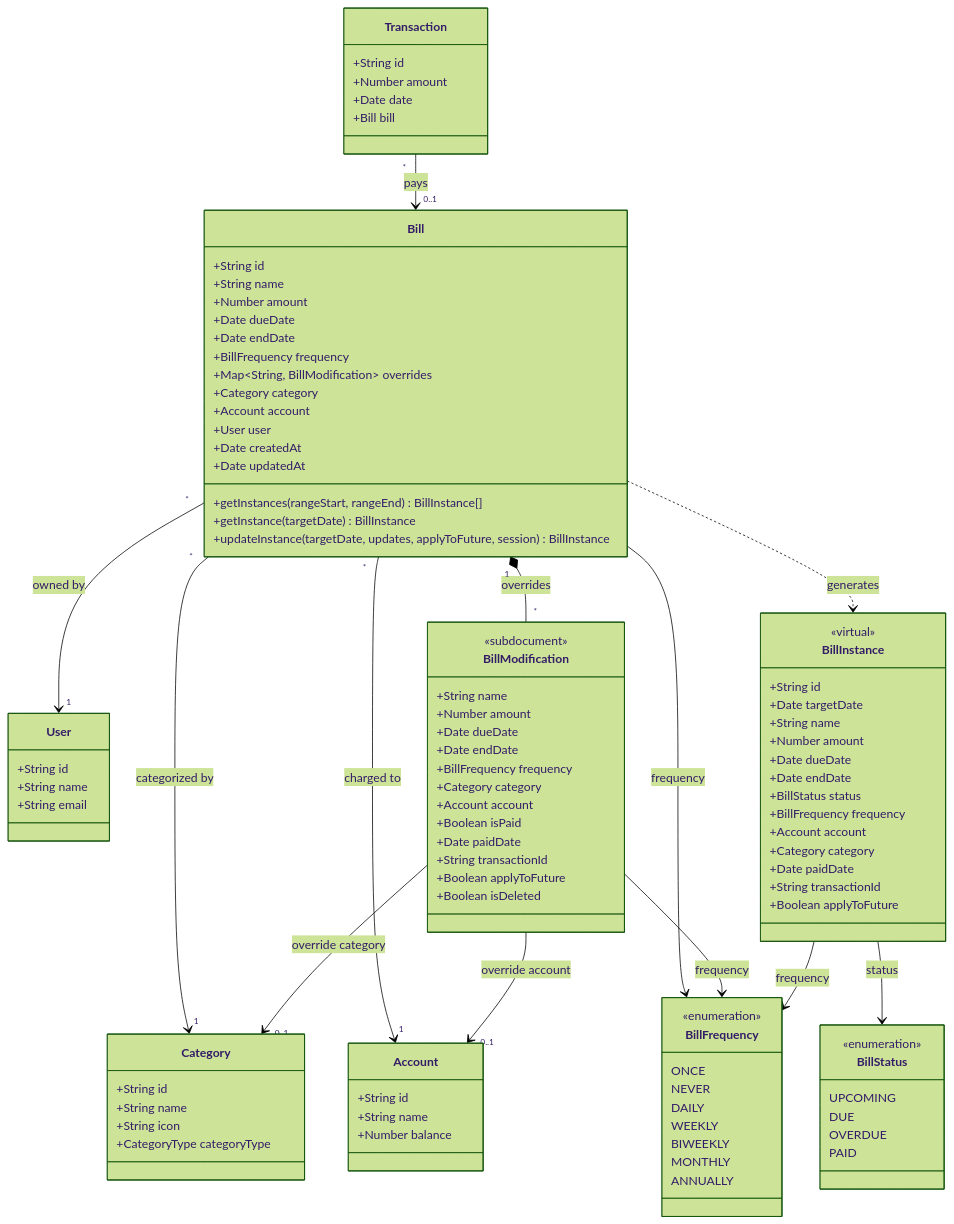
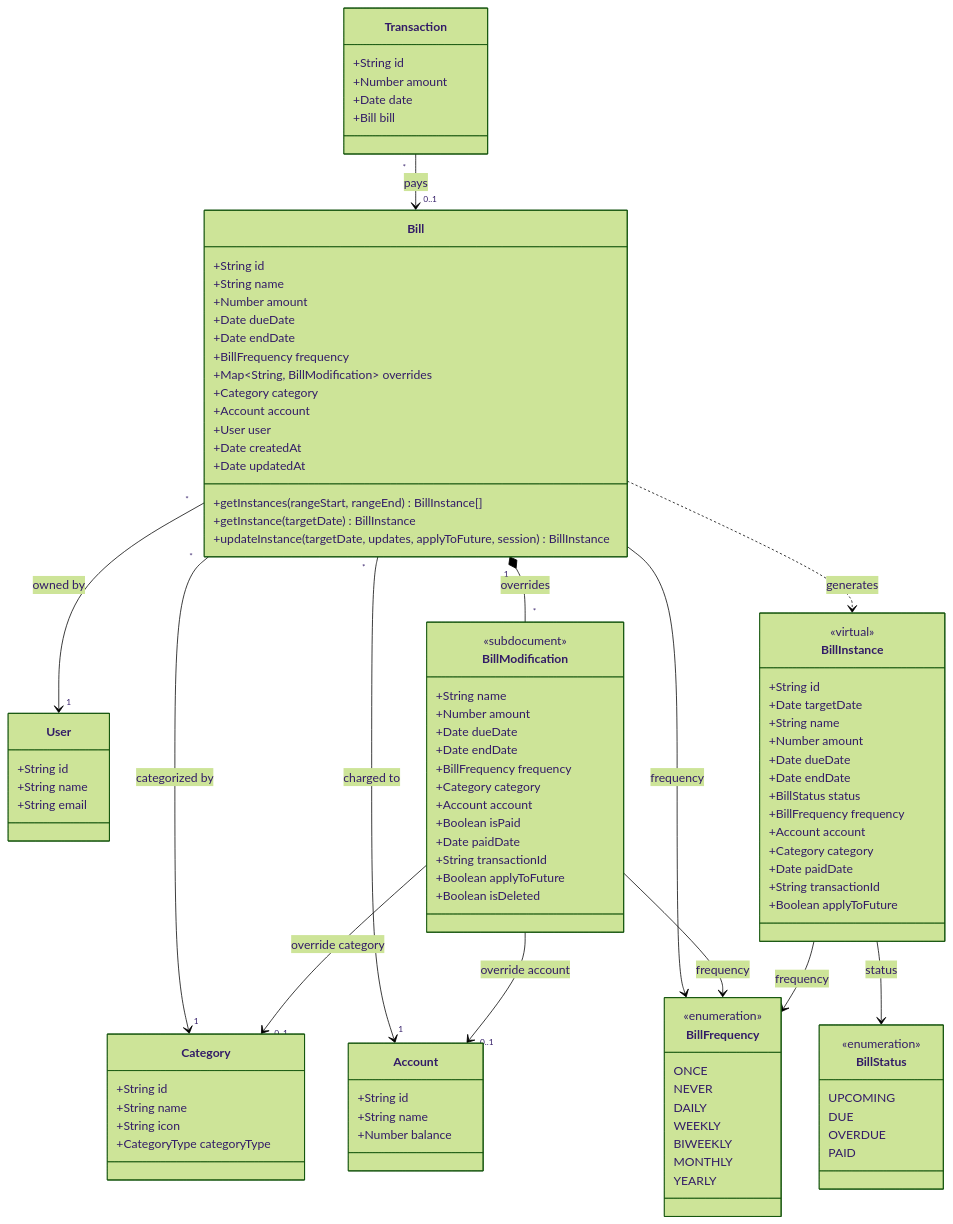
One commit to acastillo9/budget changed the diagram in docs/class-diagram.billing-module.md. Above: the diagram before and after it, drawn with Mermaid (forest theme). The commit also changed 10 other files, not shown here.

```diff
--- a/docs/class-diagram.billing-module.md
+++ b/docs/class-diagram.billing-module.md
@@ -104,7 +104,7 @@
         WEEKLY
         BIWEEKLY
         MONTHLY
-        ANNUALLY
+        YEARLY
     }
 
     class BillStatus {
```
